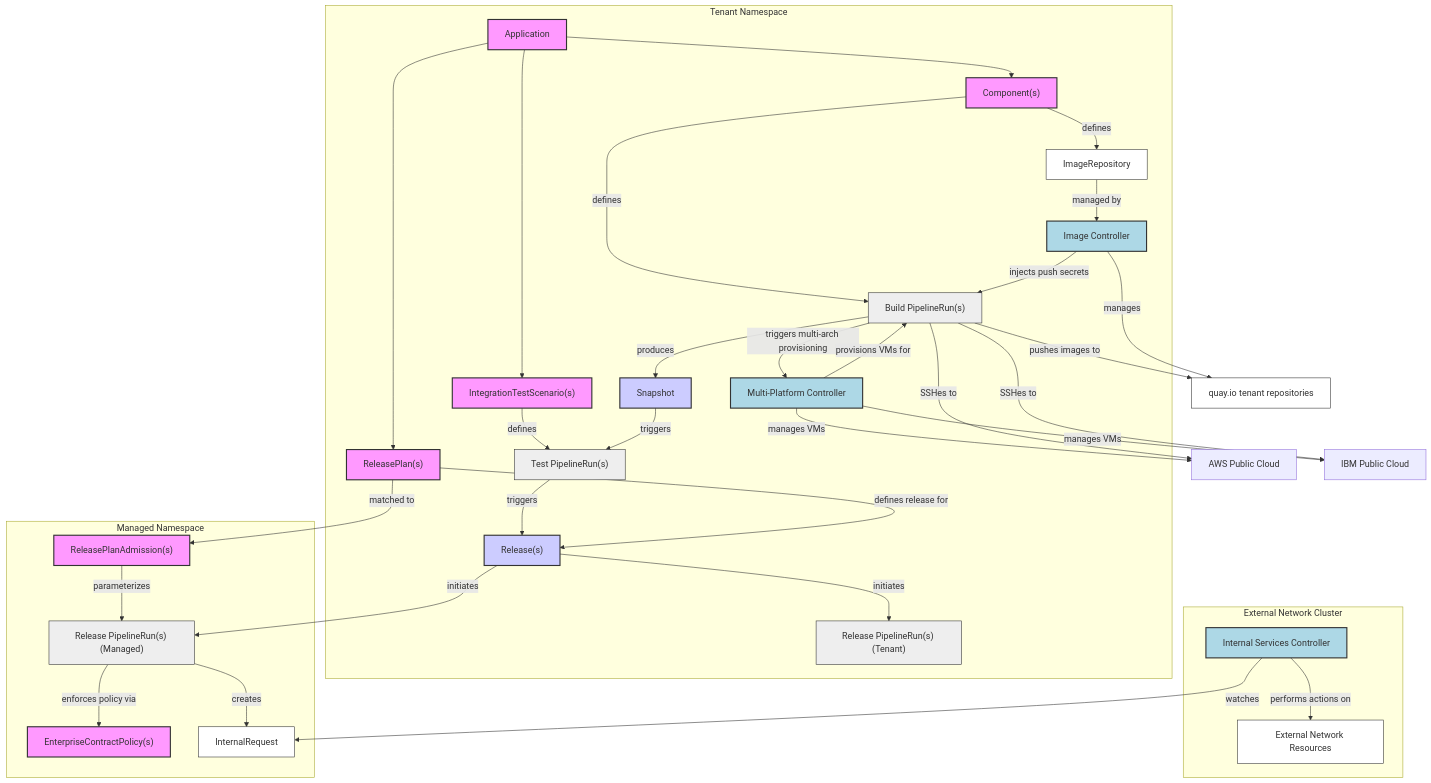
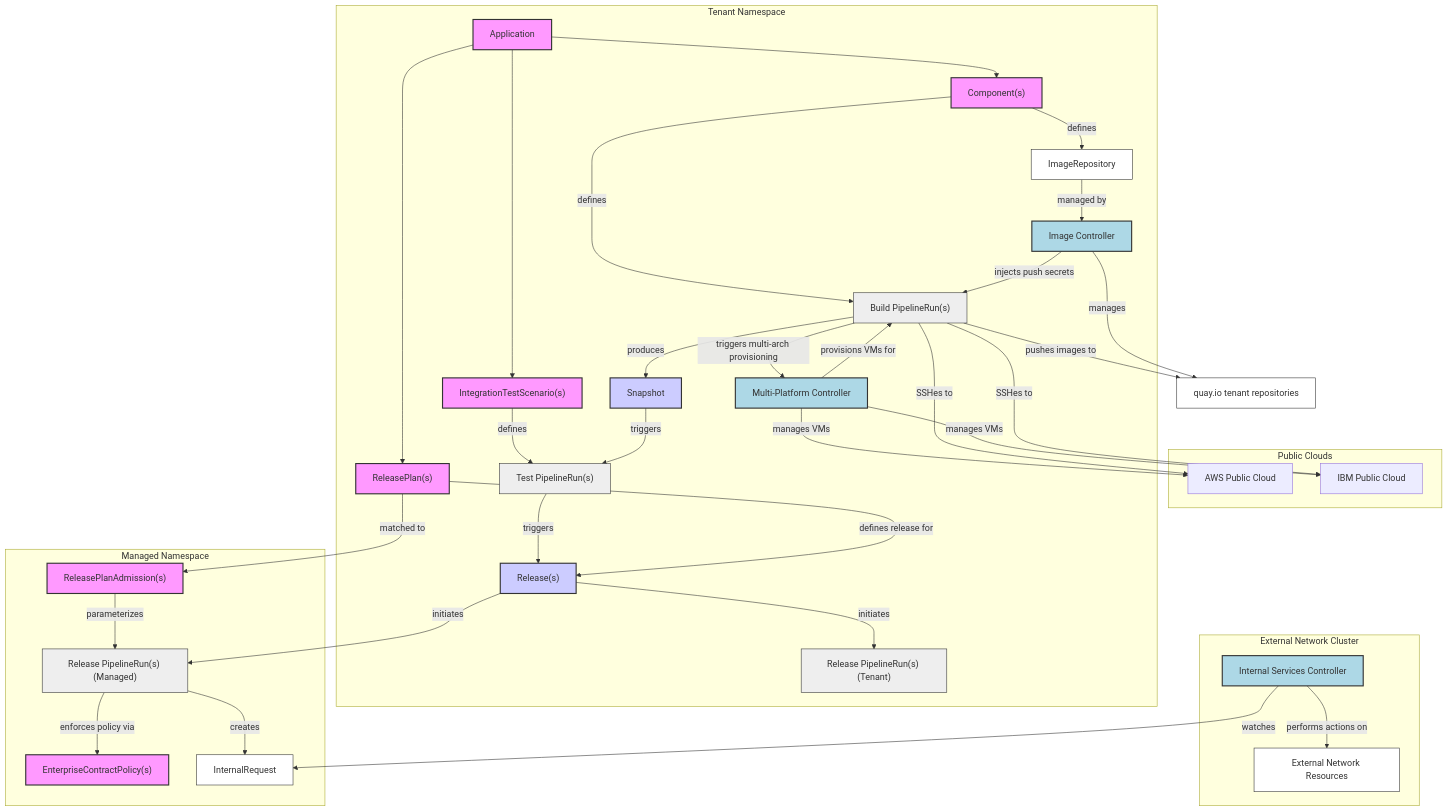
The first of 2 diagrams in architecture/add-ons/index.md (konflux-ci/architecture), drawn with Mermaid before and after one commit.

Commit message:
Put the two public cloud boxes in a subgraph

````diff
--- a/architecture/add-ons/index.md
+++ b/architecture/add-ons/index.md
@@ -7,78 +7,80 @@
 ```mermaid
 graph TD
     QIO["quay.io tenant repositories"]
-    AWS["AWS Public Cloud"]
-    IBM["IBM Public Cloud"]
+    subgraph clouds[Public Clouds]
+        AWS["AWS Public Cloud"]
+        IBM["IBM Public Cloud"]
+    end
     BPR -- pushes images to --> QIO
     IC -- manages --> QIO
     MPC -- manages VMs --> AWS
     MPC -- manages VMs --> IBM
     BPR -- SSHes to --> AWS
     BPR -- SSHes to --> IBM
 
     subgraph tenant[Tenant Namespace]
         App[Application] --> Comp["Component(s)"]
         App --> ITS["IntegrationTestScenario(s)"]
         App --> RP["ReleasePlan(s)"]
 
         Comp -- defines --> BPR["Build PipelineRun(s)"]
         BPR -- produces --> Snap["Snapshot"]
         ITS -- defines --> TPR["Test PipelineRun(s)"]
         Snap -- triggers --> TPR
         TPR -- triggers --> Release["Release(s)"]
         RP -- defines release for --> Release
 
         Release -- initiates --> PR["Release PipelineRun(s) (Tenant)"]
         Comp -- defines --> IR["ImageRepository"]
         IR -- managed by --> IC["Image Controller"]
         IC -- injects push secrets --> BPR
         BPR -- triggers multi-arch provisioning --> MPC["Multi-Platform Controller"]
         MPC -- provisions VMs for --> BPR
     end
 
     subgraph managed[Managed Namespace]
         RPA["ReleasePlanAdmission(s)"]
         ECP["EnterpriseContractPolicy(s)"]
 
         Release -- initiates --> PRM["Release PipelineRun(s) (Managed)"]
         RP -- matched to --> RPA
         RPA -- parameterizes --> PRM
         PRM -- enforces policy via --> ECP
         PRM -- creates --> IRR["InternalRequest"]
     end
 
     subgraph external[External Network Cluster]
         ISC["Internal Services Controller"]
         ISC -- watches --> IRR
         ISC -- performs actions on --> EXT["External Network Resources"]
     end
 
     style App fill:#f9f,stroke:#333,stroke-width:2px
     style Comp fill:#f9f,stroke:#333,stroke-width:2px
     style Snap fill:#ccf,stroke:#333,stroke-width:2px
     style ITS fill:#f9f,stroke:#333,stroke-width:2px
     style RP fill:#f9f,stroke:#333,stroke-width:2px
     style Release fill:#ccf,stroke:#333,stroke-width:2px
     style PR fill:#eee,stroke:#333,stroke-width:1px
     style PRM fill:#eee,stroke:#333,stroke-width:1px
     style BPR fill:#eee,stroke:#333,stroke-width:1px
     style TPR fill:#eee,stroke:#333,stroke-width:1px
     style RPA fill:#f9f,stroke:#333,stroke-width:2px
     style ECP fill:#f9f,stroke:#333,stroke-width:2px
     style IC fill:#add8e6,stroke:#333,stroke-width:2px
     style QIO fill:#fff,stroke:#333,stroke-width:1px
     style MPC fill:#add8e6,stroke:#333,stroke-width:2px
     style IR fill:#fff,stroke:#333,stroke-width:1px
     style IRR fill:#fff,stroke:#333,stroke-width:1px
     style ISC fill:#add8e6,stroke:#333,stroke-width:2px
     style EXT fill:#fff,stroke:#333,stroke-width:1px
 
     classDef controlPlane fill:#f9f,stroke:#333,stroke-width:2px;
     class App,Comp,ITS,RP,RPA,ECP,IC,MPC,ISC controlPlane;
 
     classDef dataPlane fill:#ccf,stroke:#333,stroke-width:2px;
     class Snap,Release dataPlane;
 
     classDef tekton fill:#eee,stroke:#333,stroke-width:1px;
     class PR,PRM,BPR,TPR tekton;
 ```
````
